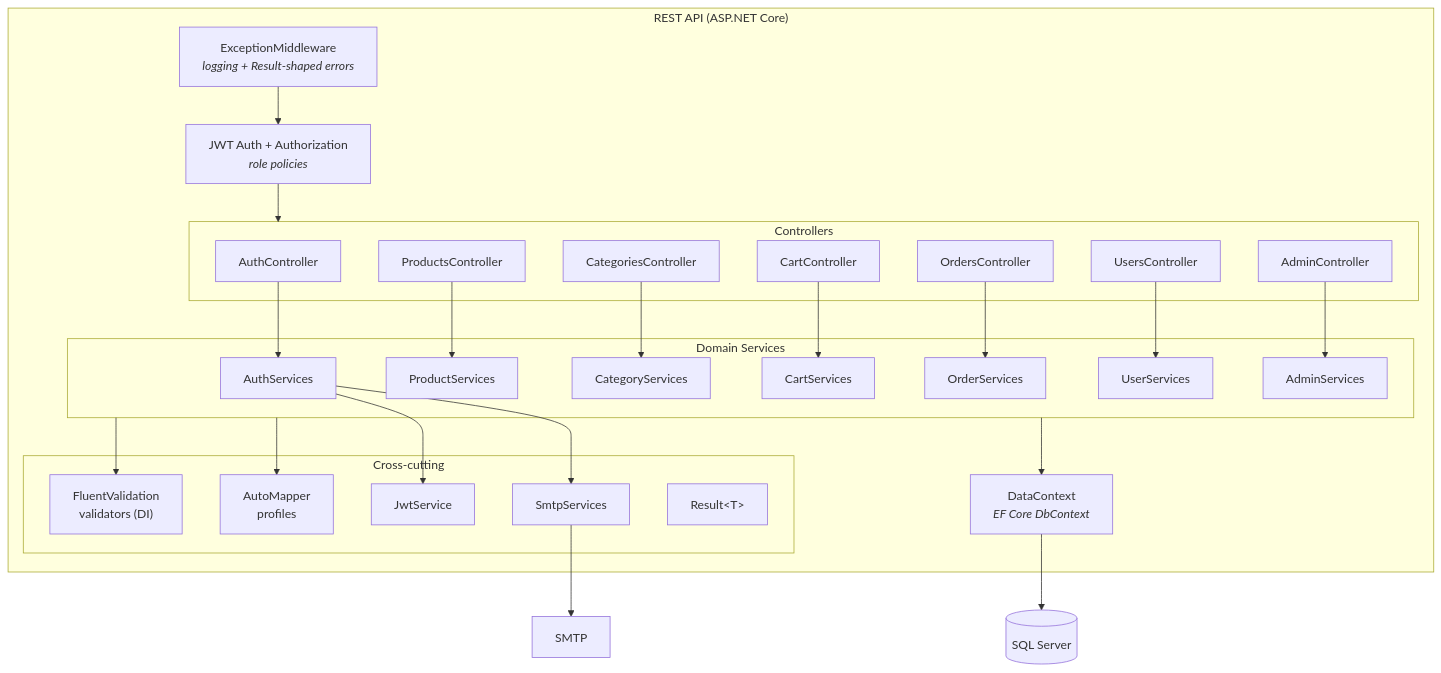
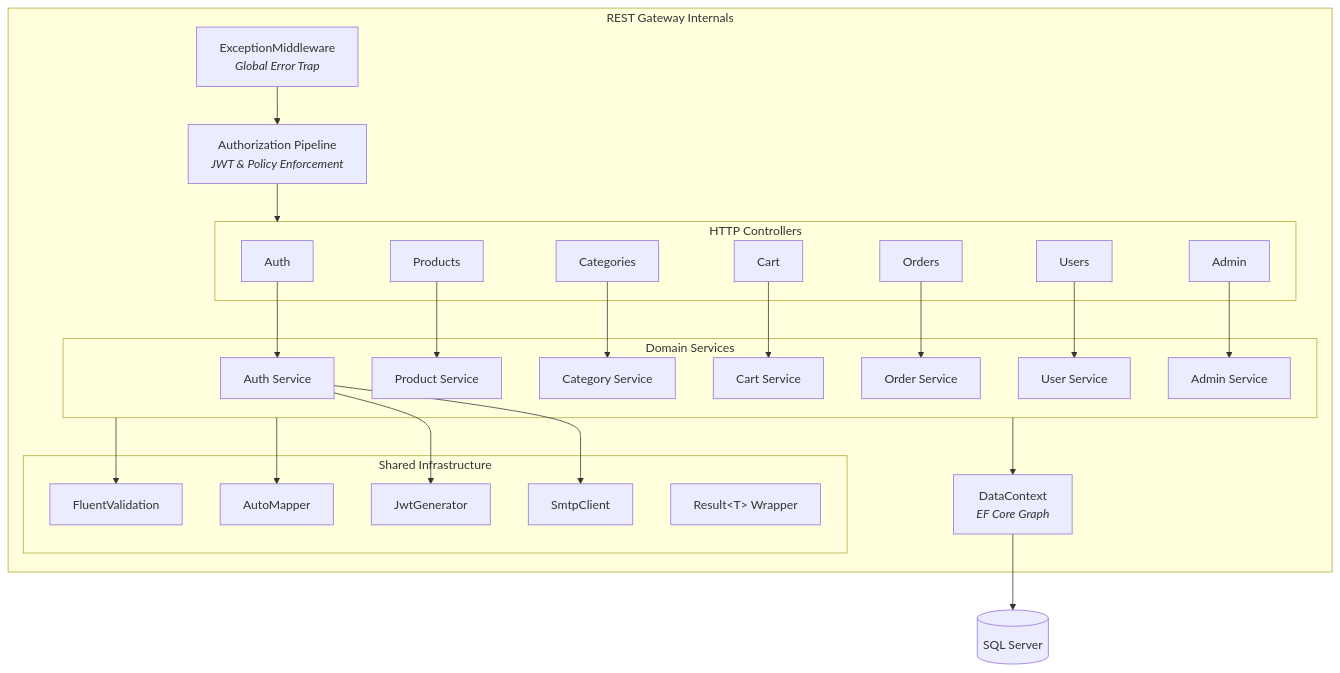
Before and after one commit to Redened/ITStepFinal: the third of 5 diagrams in ARCHITECTURE-C4.md, drawn with Mermaid. The commit also changed other lines of this file and 12 other files, not shown here.

````diff
--- a/ARCHITECTURE-C4.md
+++ b/ARCHITECTURE-C4.md
@@ -85,57 +64,55 @@
 ```mermaid
 graph TD
-    subgraph api["REST API (ASP.NET Core)"]
-        mw["ExceptionMiddleware<br/><i>logging + Result-shaped errors</i>"]
-        authmw["JWT Auth + Authorization<br/><i>role policies</i>"]
+    subgraph api["REST Gateway Internals"]
+        mw["ExceptionMiddleware<br/><i>Global Error Trap</i>"]
+        authmw["Authorization Pipeline<br/><i>JWT & Policy Enforcement</i>"]
 
-        subgraph controllers["Controllers"]
-            authC["AuthController"]
-            prodC["ProductsController"]
-            catC["CategoriesController"]
-            cartC["CartController"]
-            orderC["OrdersController"]
-            userC["UsersController"]
-            adminC["AdminController"]
+        subgraph controllers["HTTP Controllers"]
+            authC["Auth"]
+            prodC["Products"]
+            catC["Categories"]
+            cartC["Cart"]
+            orderC["Orders"]
+            userC["Users"]
+            adminC["Admin"]
         end
 
         subgraph services["Domain Services"]
-            authS["AuthServices"]
-            prodS["ProductServices"]
-            catS["CategoryServices"]
-            cartS["CartServices"]
-            orderS["OrderServices"]
-            userS["UserServices"]
-            adminS["AdminServices"]
+            authS["Auth Service"]
+            prodS["Product Service"]
+            catS["Category Service"]
+            cartS["Cart Service"]
+            orderS["Order Service"]
+            userS["User Service"]
+            adminS["Admin Service"]
         end
 
-        subgraph cross["Cross-cutting"]
-            validators["FluentValidation<br/>validators (DI)"]
-            mapper["AutoMapper<br/>profiles"]
-            jwt["JwtService"]
-            smtpS["SmtpServices"]
-            result["Result&lt;T&gt;"]
+        subgraph cross["Shared Infrastructure"]
+            validators["FluentValidation"]
+            mapper["AutoMapper"]
+            jwt["JwtGenerator"]
+            smtpS["SmtpClient"]
+            result["Result&lt;T&gt; Wrapper"]
         end
 
-        ctx["DataContext<br/><i>EF Core DbContext</i>"]
+        ctx["DataContext<br/><i>EF Core Graph</i>"]
     end
 
     db[("SQL Server")]
-    smtp["SMTP"]
 
     mw --> authmw --> controllers
     authC --> authS
     prodC --> prodS
     catC --> catS
     cartC --> cartS
     orderC --> orderS
     userC --> userS
     adminC --> adminS
 
     services --> validators
     services --> mapper
     services --> ctx
     authS --> jwt
     authS --> smtpS
     ctx --> db
-    smtpS --> smtp
 ```
````
